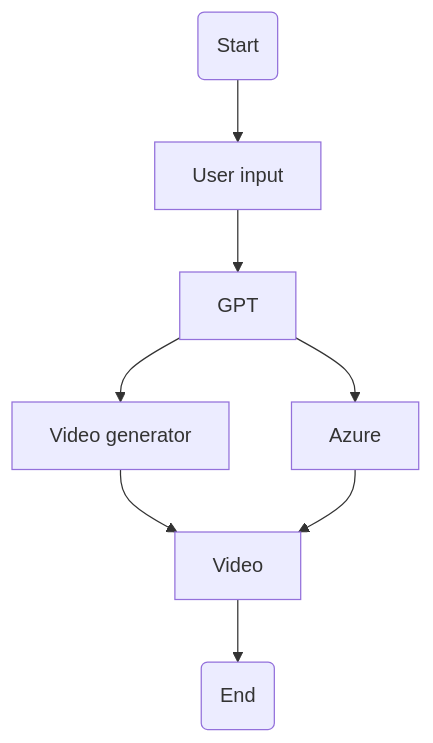
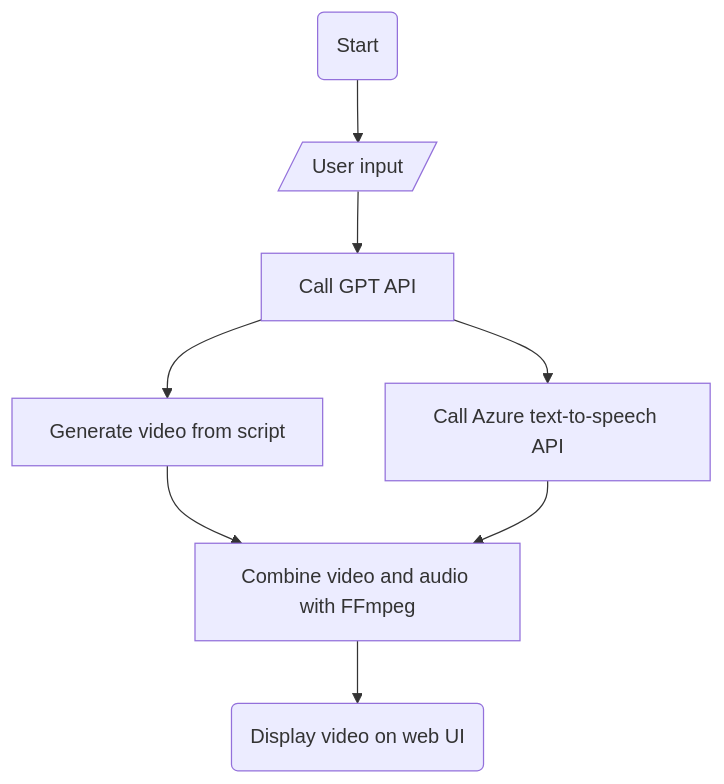
The second of 3 diagrams in README.md (kakeru13468/A02_AI_Video_Generation), drawn with Mermaid before and after one commit.

Commit message:
Update Flowchart

````diff
--- a/README.md
+++ b/README.md
@@ -29,10 +29,9 @@
 ```mermaid
 flowchart TD
- A(Start) --> B[User input]
- B --> C[GPT]
- C --> D[Video generator]
- C --> E[Azure]
- D --> F[Video]
- E --> F
- F --> G(End)
+ A(Start) --> B[/User input/]
+ B --> C[Call GPT API]
+ C --> D[Generate video from script]
+ C --> E[Call Azure text-to-speech API]
+ D  & E --> F[Combine video and audio with FFmpeg]
+ F --> G(Display video on web UI)
 ```
````
